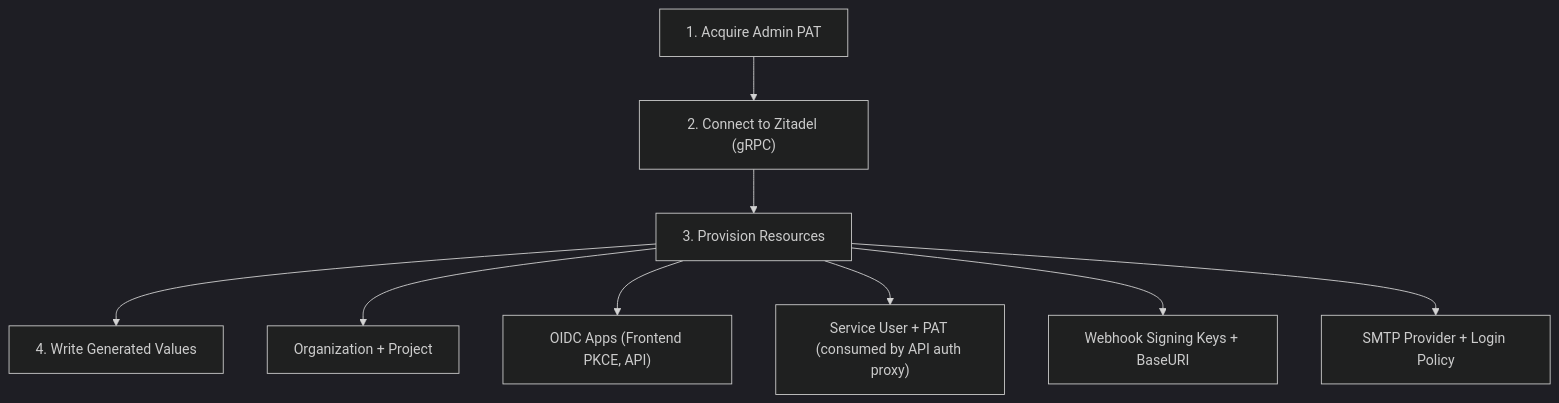
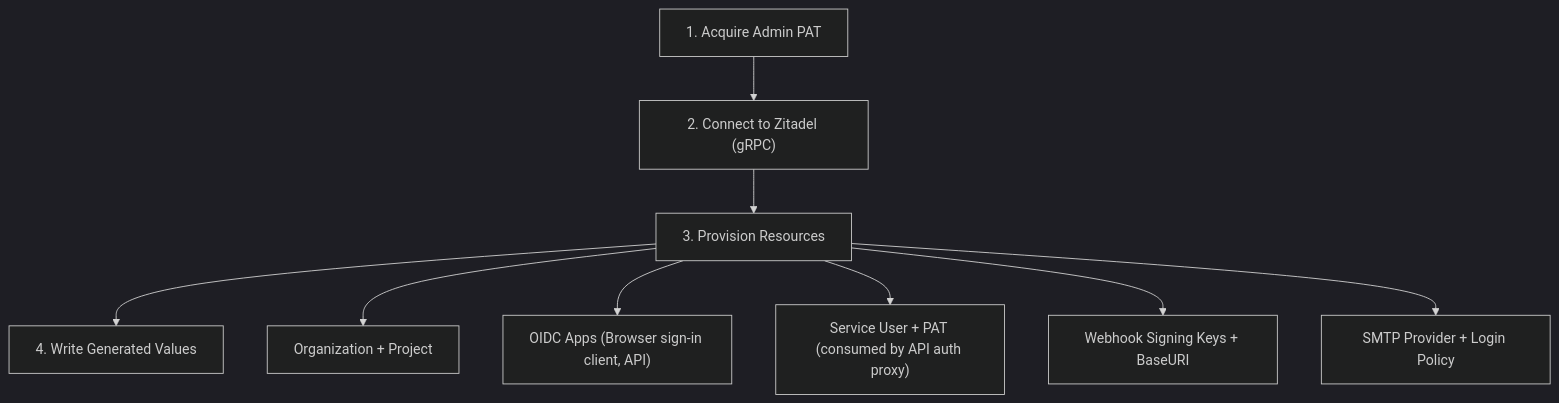
The second of 2 diagrams in docs/user-guides/authentication/zitadel-setup.md (vhco-pro/stackweaver-frontend), drawn with Mermaid (dark theme) before and after one commit. The commit also changed other lines of this file and 32 other files, not shown here.

Commit message:
feat(auth): browser sessions through a backend-for-frontend (#970) (#267)

````diff
--- a/docs/user-guides/authentication/zitadel-setup.md
+++ b/docs/user-guides/authentication/zitadel-setup.md
@@ -254,12 +254,12 @@
 ```mermaid
 flowchart TD
     A["1. Acquire Admin PAT"] --> B["2. Connect to Zitadel (gRPC)"]
     B --> C["3. Provision Resources"]
     C --> D["4. Write Generated Values"]
 
     C --> C1["Organization + Project"]
-    C --> C2["OIDC Apps (Frontend PKCE, API)"]
+    C --> C2["OIDC Apps (Browser sign-in client, API)"]
     C --> C3["Service User + PAT (consumed by API auth proxy)"]
     C --> C4["Webhook Signing Keys + BaseURI"]
     C --> C5["SMTP Provider + Login Policy"]
 ```
````
